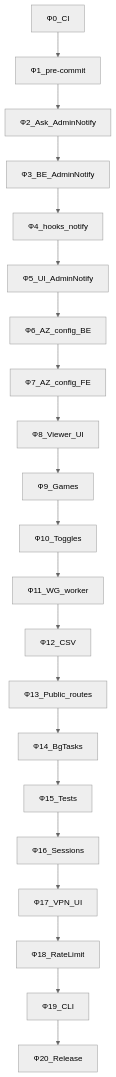
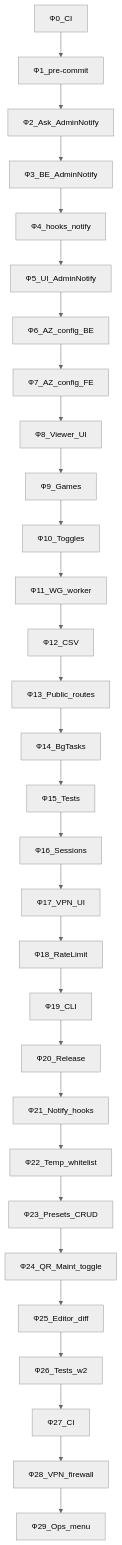
Before and after one commit to Kirito0098/AdminPanelAZ: the second of 2 diagrams in MIGRATION_PLAN.md, drawn with Mermaid (neutral theme). The commit also changed other lines of this file and 56 other files, not shown here.

````diff
--- a/MIGRATION_PLAN.md
+++ b/MIGRATION_PLAN.md
@@ -85,23 +94,32 @@
 ```mermaid
 flowchart TB
   P0[Ф0_CI] --> P1[Ф1_pre-commit]
   P1 --> P2[Ф2_Ask_AdminNotify]
   P2 --> P3[Ф3_BE_AdminNotify]
   P3 --> P4[Ф4_hooks_notify]
   P4 --> P5[Ф5_UI_AdminNotify]
   P5 --> P6[Ф6_AZ_config_BE]
   P6 --> P7[Ф7_AZ_config_FE]
   P7 --> P8[Ф8_Viewer_UI]
   P8 --> P9[Ф9_Games]
   P9 --> P10[Ф10_Toggles]
   P10 --> P11[Ф11_WG_worker]
   P11 --> P12[Ф12_CSV]
   P12 --> P13[Ф13_Public_routes]
   P13 --> P14[Ф14_BgTasks]
   P14 --> P15[Ф15_Tests]
   P15 --> P16[Ф16_Sessions]
   P16 --> P17[Ф17_VPN_UI]
   P17 --> P18[Ф18_RateLimit]
   P18 --> P19[Ф19_CLI]
   P19 --> P20[Ф20_Release]
+  P20 --> P21[Ф21_Notify_hooks]
+  P21 --> P22[Ф22_Temp_whitelist]
+  P22 --> P23[Ф23_Presets_CRUD]
+  P23 --> P24[Ф24_QR_Maint_toggle]
+  P24 --> P25[Ф25_Editor_diff]
+  P25 --> P26[Ф26_Tests_w2]
+  P26 --> P27[Ф27_CI]
+  P27 --> P28[Ф28_VPN_firewall]
+  P28 --> P29[Ф29_Ops_menu]
 ```
````
